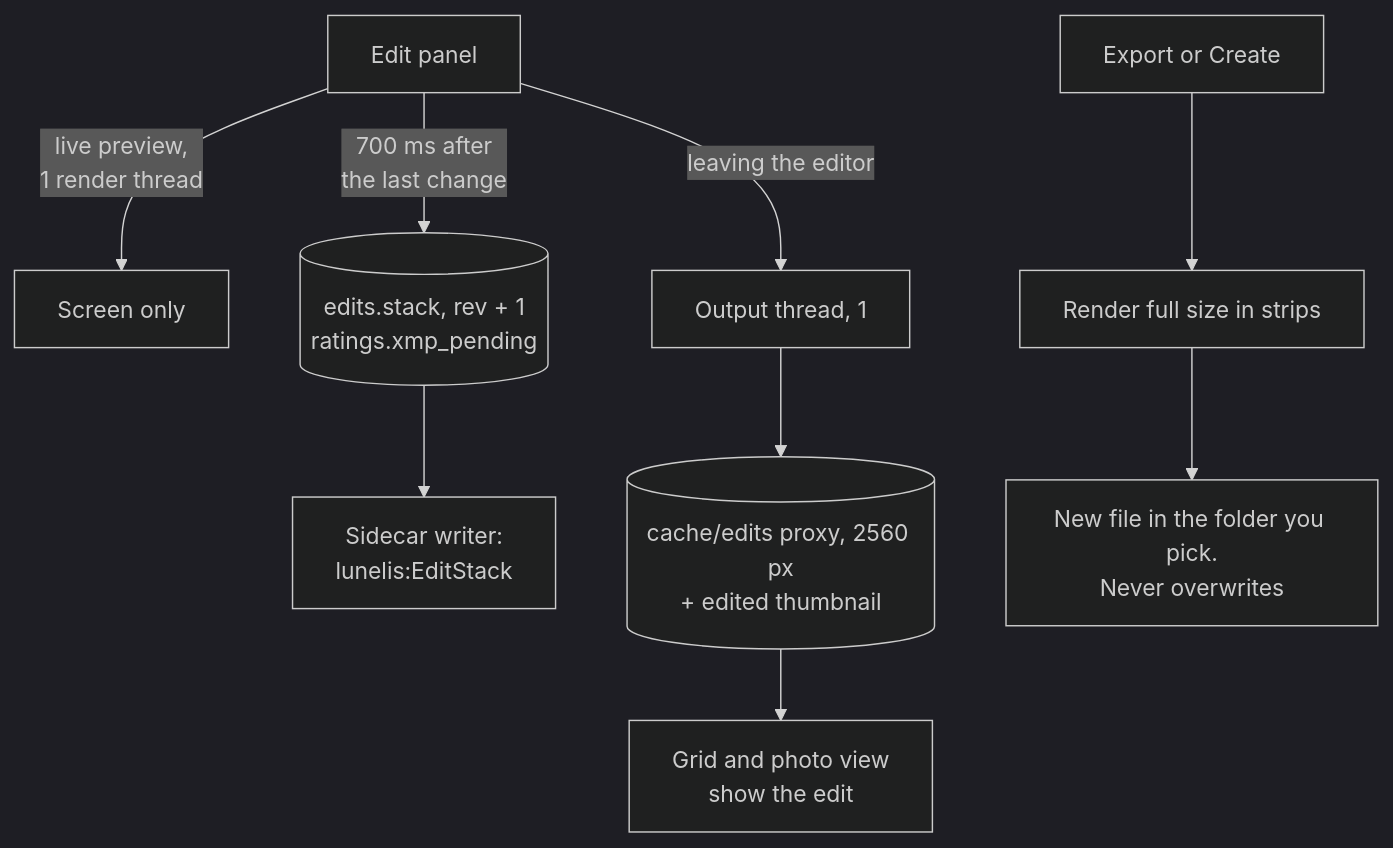
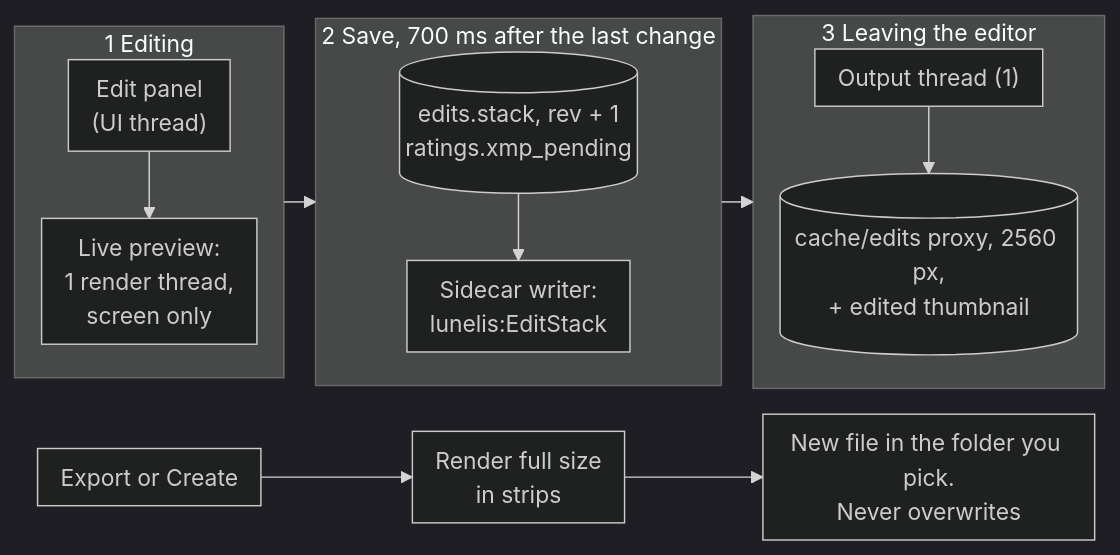
One commit to AxialForge/Lunelis changed the eighth of 14 diagrams in docs/src/dataflow-lunelis.md. Above: the diagram before and after it, drawn with Mermaid (dark theme). The commit also changed other lines of this file and 3 other files, not shown here.

Commit message:
Kit: keep table header and last rows with their neighbours, taller figures, diagram and table guidance in the style guide

````diff
--- a/docs/src/dataflow-lunelis.md
+++ b/docs/src/dataflow-lunelis.md
@@ -310,11 +259,18 @@
 ```mermaid Edits are instructions, not pixels. Only the editor writes the cached look, through one ordered thread.
-flowchart TD
-  A["Edit panel"] -- "live preview,<br/>1 render thread" --> V["Screen only"]
-  A -- "700 ms after<br/>the last change" --> B[("edits.stack, rev + 1<br/>ratings.xmp_pending")]
-  B --> C["Sidecar writer:<br/>lunelis:EditStack"]
-  A -- "leaving the editor" --> D["Output thread, 1"]
-  D --> E[("cache/edits proxy, 2560 px<br/>+ edited thumbnail")]
-  E --> G["Grid and photo view<br/>show the edit"]
-  X["Export or Create"] --> R["Render full size in strips"]
-  R --> N["New file in the folder you pick.<br/>Never overwrites"]
+%%{init: {"flowchart": {"rankSpacing": 22, "nodeSpacing": 18, "padding": 8}}}%%
+flowchart LR
+  subgraph c1["1 Editing"]
+    direction TB
+    A["Edit panel<br/>(UI thread)"] --> V["Live preview:<br/>1 render thread,<br/>screen only"]
+  end
+  subgraph c2["2 Save, 700 ms after the last change"]
+    direction TB
+    B[("edits.stack, rev + 1<br/>ratings.xmp_pending")] --> C["Sidecar writer:<br/>lunelis:EditStack"]
+  end
+  subgraph c3["3 Leaving the editor"]
+    direction TB
+    D["Output thread (1)"] --> E[("cache/edits proxy, 2560 px,<br/>+ edited thumbnail")]
+  end
+  c1 --> c2 --> c3
+  X["Export or Create"] --> R["Render full size<br/>in strips"] --> N["New file in the folder you pick.<br/>Never overwrites"]
 ```
````
